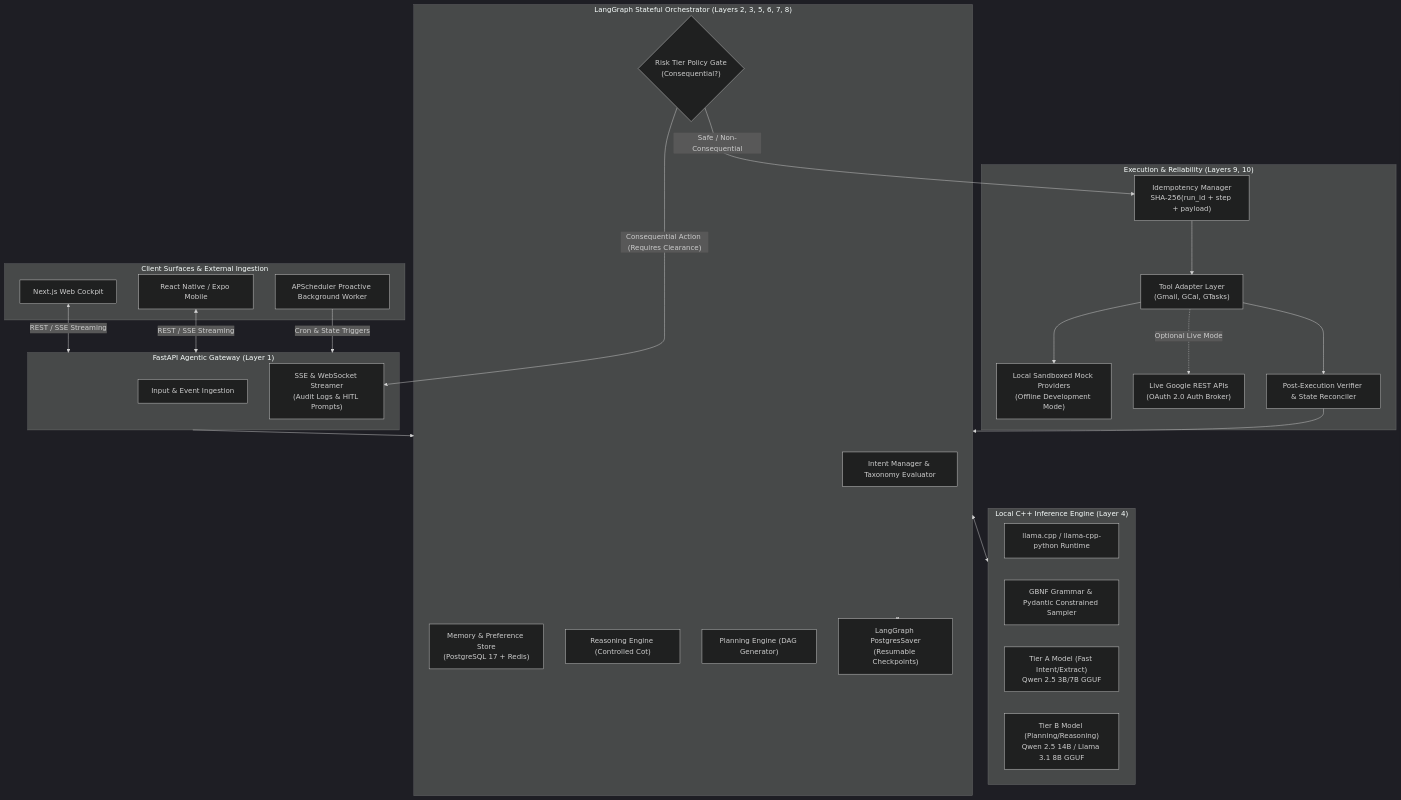
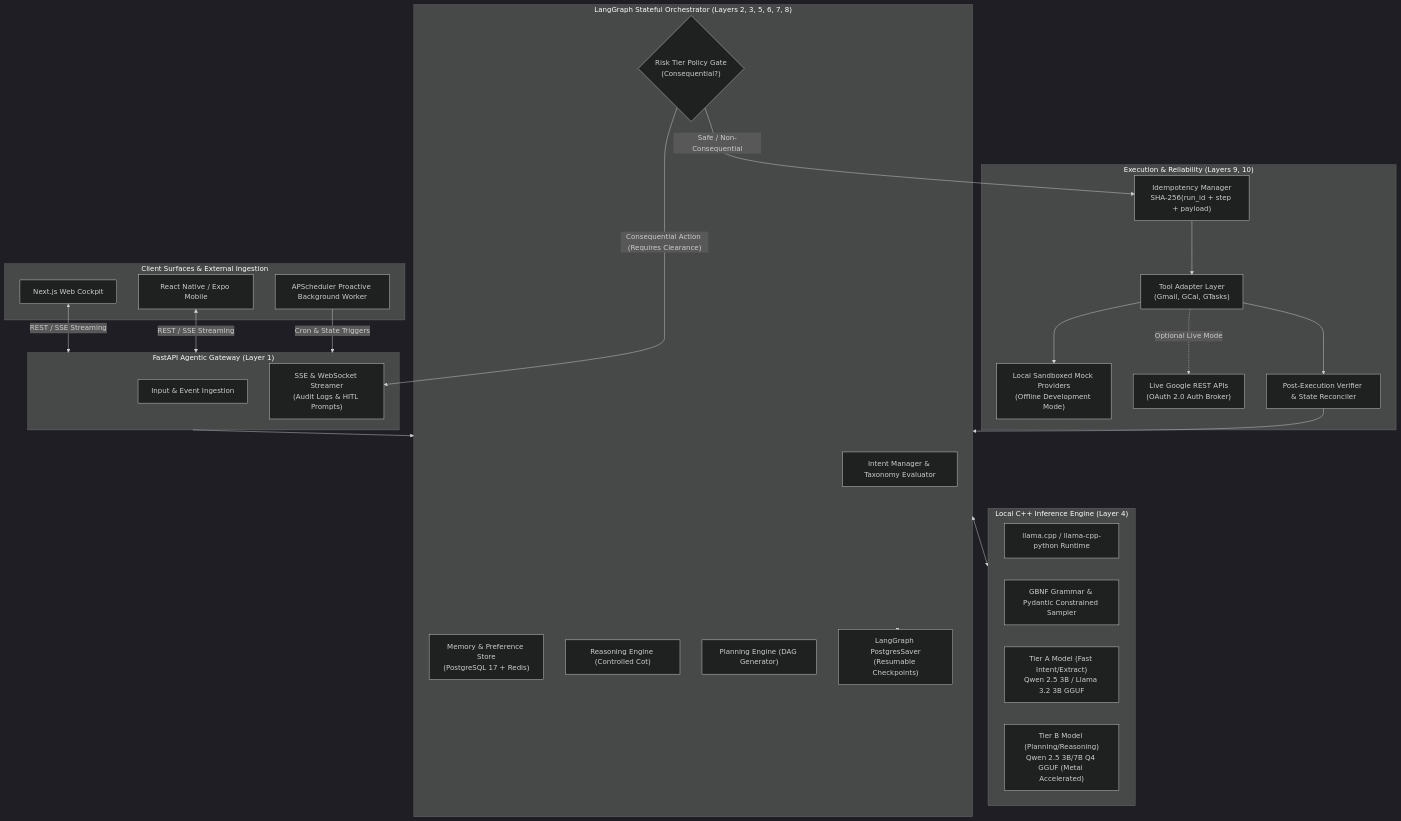
Before and after one commit to iAditya-Nanda/pact: the first of 4 diagrams in docs/AGENTIC_SYSTEM_ARCHITECTURE.md, drawn with Mermaid (dark theme). The commit also changed other lines of this file and 1 other file, not shown here.

Commit message:
docs: optimize agentic engine for Apple Silicon Metal with 3B/4B GGUF models

````diff
--- a/docs/AGENTIC_SYSTEM_ARCHITECTURE.md
+++ b/docs/AGENTIC_SYSTEM_ARCHITECTURE.md
@@ -17,54 +17,54 @@
 ```mermaid
 flowchart TD
     subgraph ClientSurfaces ["Client Surfaces & External Ingestion"]
         WebUI["Next.js Web Cockpit"]
         MobileUI["React Native / Expo Mobile"]
         Scheduler["APScheduler Proactive Background Worker"]
     end
 
     subgraph FastAPIGateway ["FastAPI Agentic Gateway (Layer 1)"]
         EventIngest["Input & Event Ingestion"]
         SSEStreamer["SSE & WebSocket Streamer\n(Audit Logs & HITL Prompts)"]
     end
 
     subgraph LocalInferenceEngine ["Local C++ Inference Engine (Layer 4)"]
         LlamaCPP["llama.cpp / llama-cpp-python Runtime"]
         GrammarConstrainer["GBNF Grammar & Pydantic Constrained Sampler"]
-        FastGGUF["Tier A Model (Fast Intent/Extract)\nQwen 2.5 3B/7B GGUF"]
-        DeepGGUF["Tier B Model (Planning/Reasoning)\nQwen 2.5 14B / Llama 3.1 8B GGUF"]
+        FastGGUF["Tier A Model (Fast Intent/Extract)\nQwen 2.5 3B / Llama 3.2 3B GGUF"]
+        DeepGGUF["Tier B Model (Planning/Reasoning)\nQwen 2.5 3B/7B Q4 GGUF (Metal Accelerated)"]
     end
 
     subgraph AgenticCore ["LangGraph Stateful Orchestrator (Layers 2, 3, 5, 6, 7, 8)"]
         IntentMgr["Intent Manager & Taxonomy Evaluator"]
         ContextMgr["Memory & Preference Store\n(PostgreSQL 17 + Redis)"]
         ReasoningEngine["Reasoning Engine (Controlled Cot)"]
         PlannerDAG["Planning Engine (DAG Generator)"]
         PolicyGate{"Risk Tier Policy Gate\n(Consequential?)"}
         StateCheckpointer["LangGraph PostgresSaver\n(Resumable Checkpoints)"]
     end
 
     subgraph ToolingAndReliability ["Execution & Reliability (Layers 9, 10)"]
         IdempotencyVault["Idempotency Manager\nSHA-256(run_id + step + payload)"]
         ToolRegistry["Tool Adapter Layer\n(Gmail, GCal, GTasks)"]
         MockSandbox["Local Sandboxed Mock Providers\n(Offline Development Mode)"]
         LiveGoogleAPIs["Live Google REST APIs\n(OAuth 2.0 Auth Broker)"]
         Verifier["Post-Execution Verifier & State Reconciler"]
     end
 
     WebUI <-->|REST / SSE Streaming| FastAPIGateway
     MobileUI <-->|REST / SSE Streaming| FastAPIGateway
     Scheduler -->|Cron & State Triggers| FastAPIGateway
 
     FastAPIGateway --> AgenticCore
     AgenticCore <--> LocalInferenceEngine
     AgenticCore <--> StateCheckpointer
 
     PolicyGate -- "Safe / Non-Consequential" --> IdempotencyVault
     PolicyGate -- "Consequential Action (Requires Clearance)" --> SSEStreamer
 
     IdempotencyVault --> ToolRegistry
     ToolRegistry --> MockSandbox
     ToolRegistry -.->|Optional Live Mode| LiveGoogleAPIs
     ToolRegistry --> Verifier
     Verifier --> AgenticCore
 ```
````
